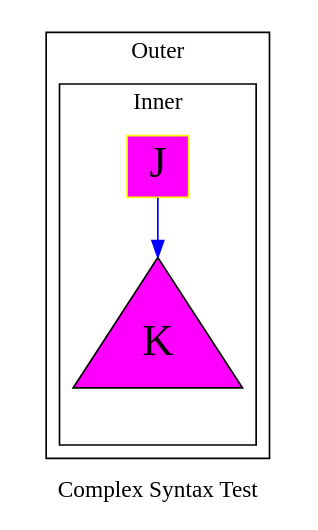
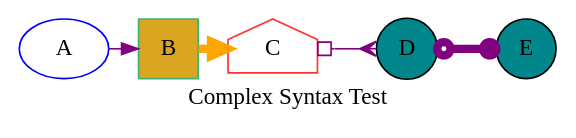
One commit to graphviz-perl/GraphViz2-Marpa-PathUtils changed the diagram in out/clusters.out.06.001.gv. Above: the diagram before and after it, drawn with Graphviz. The commit also changed 40 other files, not shown here.

```diff
--- a/out/clusters.out.06.001.gv
+++ b/out/clusters.out.06.001.gv
@@ -1,39 +1,47 @@
 strict digraph graph_55
 {
 	label = "Complex Syntax Test"
 
+	A[color = "blue"]
 	node[shape = "house"]
 	edge[color = "purple"]
 
 	{
 		rank = "same"
 
+		C
 		node[fillcolor = "goldenrod" shape = "circle" style = "filled"]
+		A -> B
+		B[color = "mediumseagreen"]
+		C[color = "firebrick1"]
+		B -> C[color = "orange" penwidth = "5"]
 		node[fillcolor = "turquoise4"]
+		C -> D[arrowtail = "obox" arrowhead = "crow" dir = "both" minlen = "2"]
+		D -> E[arrowtail = "odot" arrowhead = "dot" dir = "both" minlen = "2" penwidth = "5"]
 
 		{
 			node[fillcolor = "darkorchid" shape = "pentagon"]
 
 		}
 
 	}
+	B[shape = "square"]
 	node[fillcolor = "lightblue" fontsize = "20" style = "filled"]
 
 	subgraph cluster_outer
 	{
 		label = "Outer"
 
 		subgraph cluster_inner
 		{
 			label = "Inner"
 
 			node[fillcolor = "magenta" fontsize = "26" shape = "triangle"]
 			edge[color = "blue"]
-			J[color = "yellow" shape = "square"]
-			J -> K
+
 		}
 
 	}
 	graph[rankdir = "TB"]
 
 }
```
